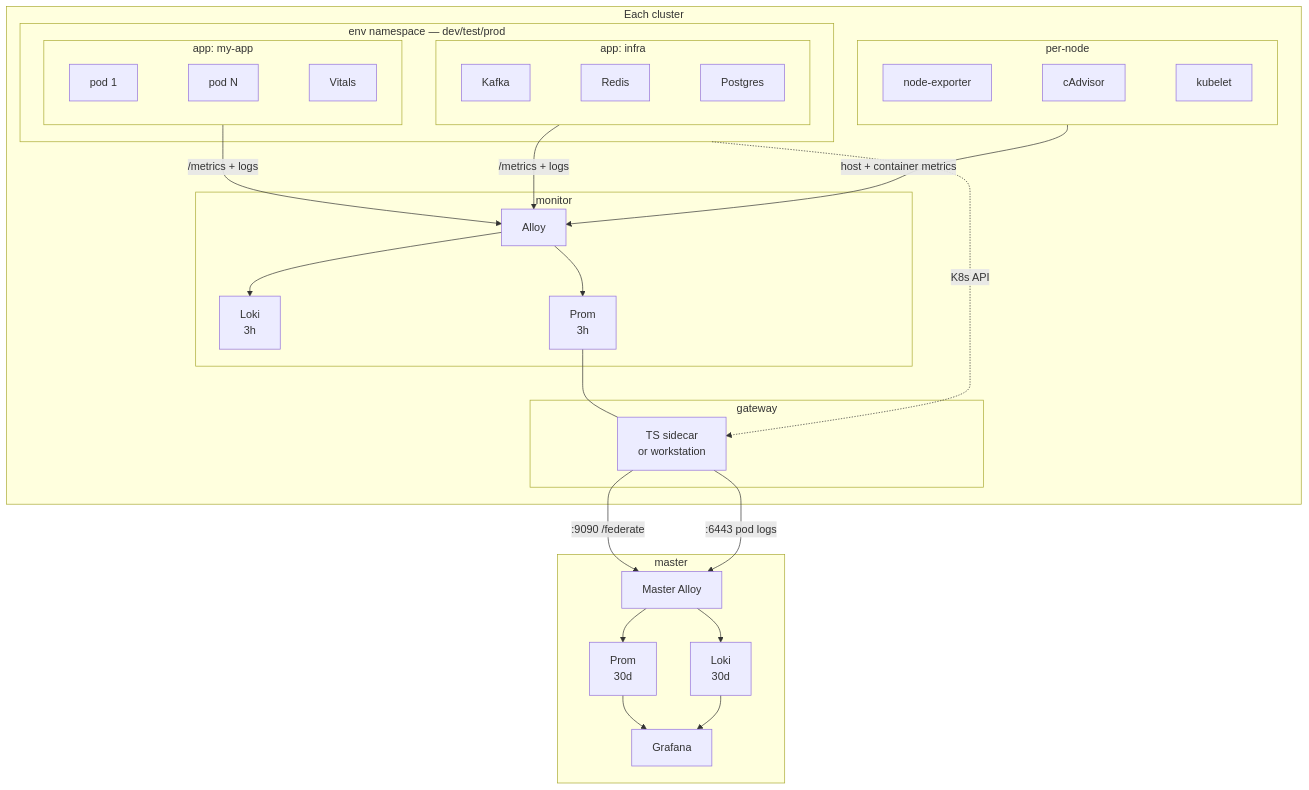
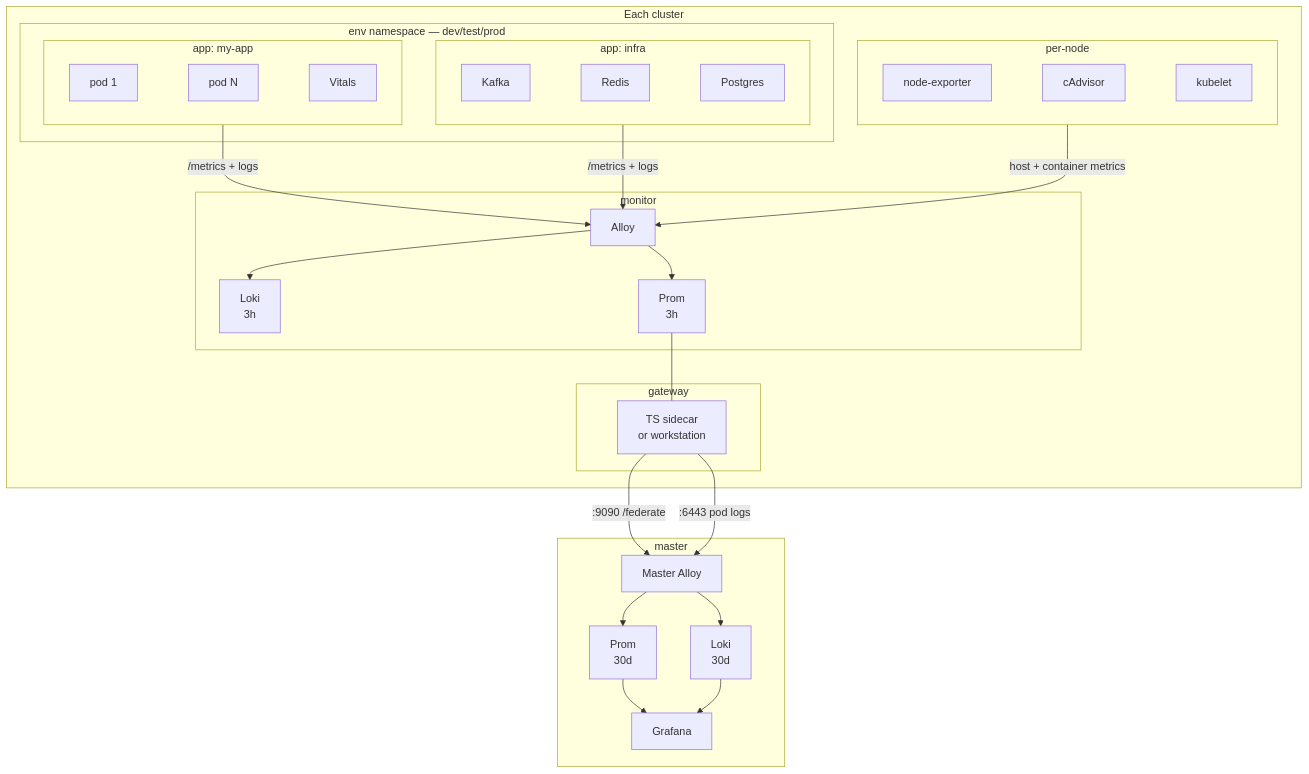
One commit to Kord96/kordinate changed the fourth of 4 diagrams in docs/infrastructure.md. Above: the diagram before and after it, drawn with Mermaid.

Commit message:
docs: remove K8s API dotted link from data flow diagram [scribe]
K8s API is a cluster resource, not namespaced. The gateway→master
arrows already show :6443 pod logs. The extra link was redundant
and architecturally misleading.

````diff
--- a/docs/infrastructure.md
+++ b/docs/infrastructure.md
@@ -97,47 +97,46 @@
 ```mermaid
 flowchart TB
     subgraph cluster[Each cluster]
         subgraph env[env namespace — dev/test/prod]
             subgraph myapp["app: my-app"]
                 P1[pod 1]
                 PN[pod N]
                 VIT[Vitals]
                 P1 ~~~ PN ~~~ VIT
             end
             subgraph infra["app: infra"]
                 KF[Kafka]
                 RD[Redis]
                 PG[Postgres]
                 KF ~~~ RD ~~~ PG
             end
         end
 
         subgraph nodes[per-node]
             NE[node-exporter]
             CA[cAdvisor]
             KL[kubelet]
             NE ~~~ CA ~~~ KL
         end
 
         subgraph mon[monitor]
             AL[Alloy] --> LK[Loki<br/>3h] & PR[Prom<br/>3h]
         end
 
         subgraph gw[gateway]
             GWT[TS sidecar<br/>or workstation]
         end
 
         myapp & infra -->|/metrics + logs| AL
         nodes -->|host + container metrics| AL
         PR --- GWT
-        env -.->|K8s API| GWT
     end
 
     GWT -->|:9090 /federate| MA
     GWT -->|:6443 pod logs| MA
 
     subgraph master[master]
         MA[Master Alloy] --> ML[Loki<br/>30d] & MP[Prom<br/>30d]
         MP & ML --> G[Grafana]
     end
 ```
````
